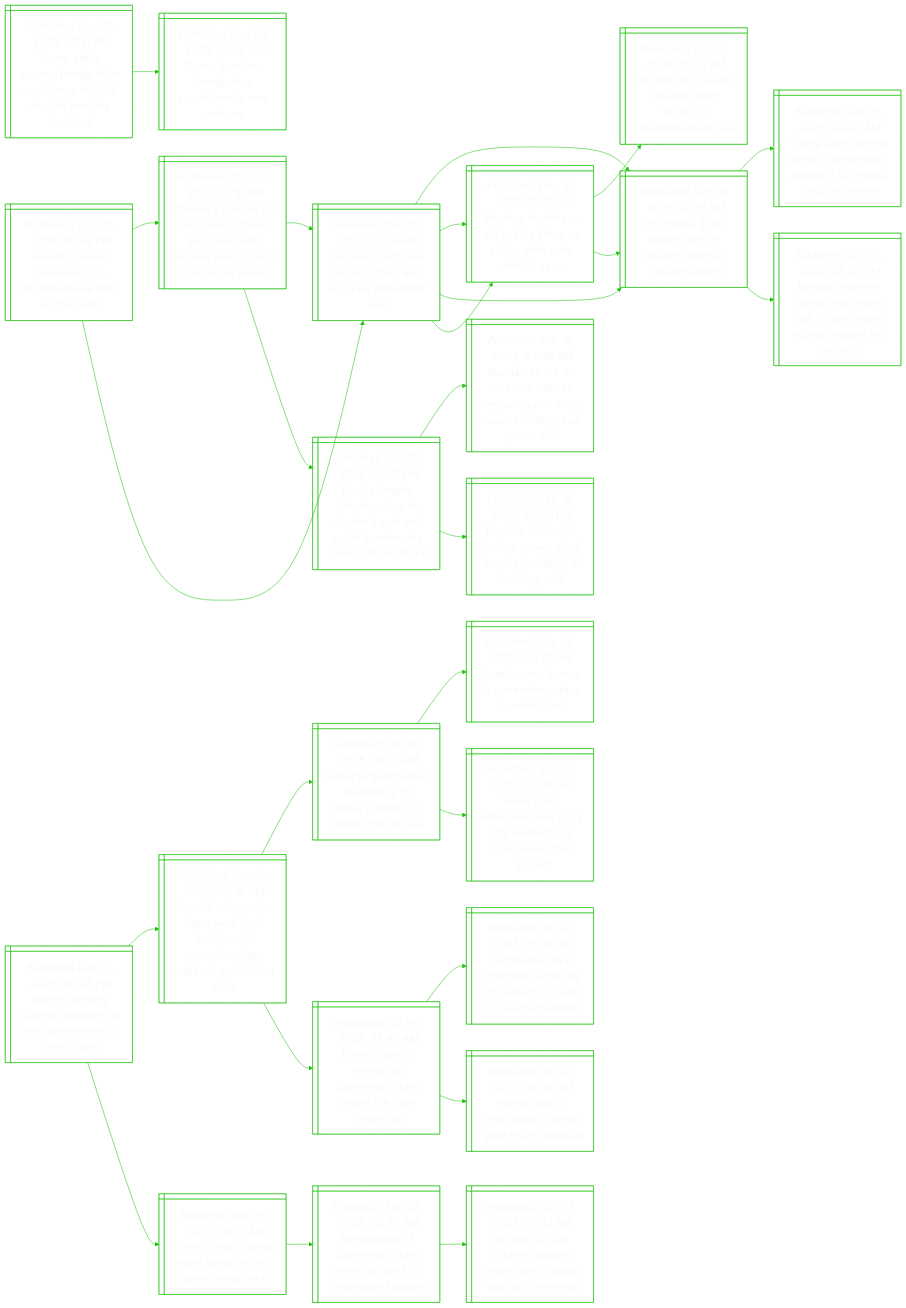
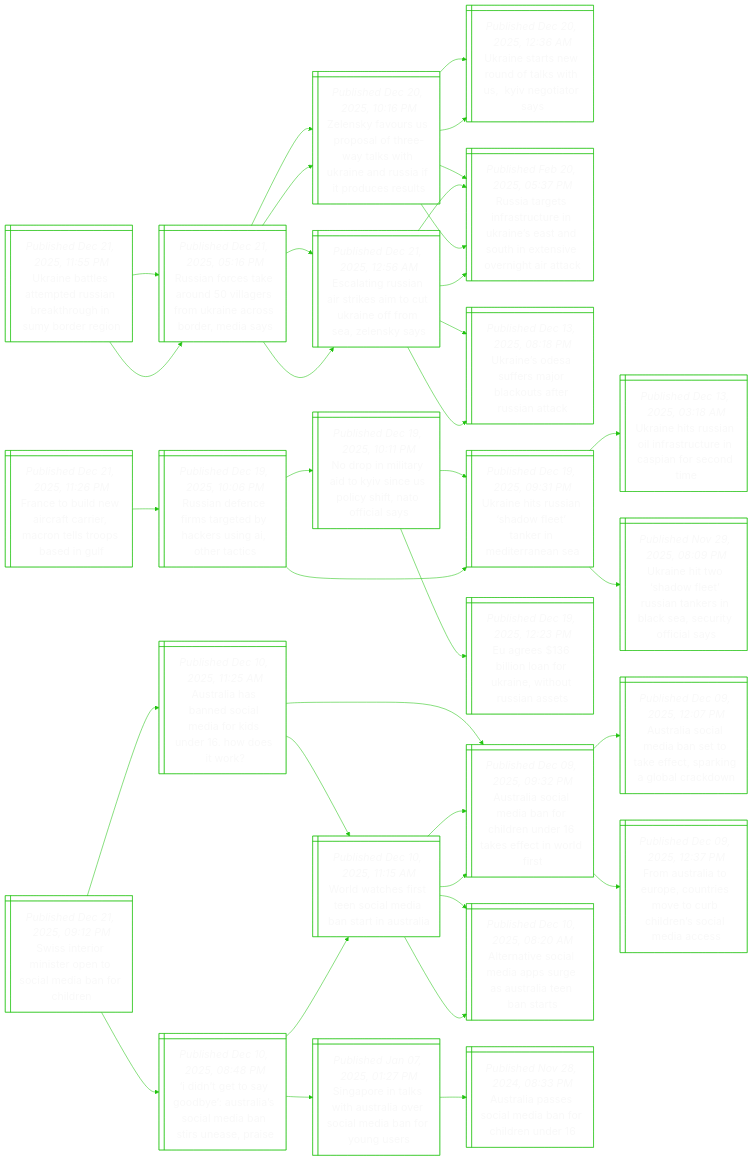
One commit to notJmes/notJmes changed the diagram in README.md. Above: the diagram before and after it, drawn with Mermaid. The commit also changed other lines of this file, not shown here.

````diff
--- a/README.md
+++ b/README.md
@@ -16,91 +16,118 @@
 flowchart LR
 classDef txtsize font-size:20px;
 
-Tsedgocnsbnk@{ shape: win-pane, label: "_Published Dec 21, 2025, 07:31 PM_
-Trump set to expand immigration crackdown in 2026 despite brewing backlash" }
-TlhmtroNl@{ shape: win-pane, label: "_Published Dec 04, 2025, 03:20 AM_
-Trump launches immigration crackdown in new orleans" }
-
-Tsedgocnsbnk:::txtsize --> TlhmtroNl:::txtsize
-
-KiiryrRases@{ shape: win-pane, label: "_Published Dec 21, 2025, 06:56 PM_
-Kremlin denies three-way us-ukraine-russia talks on the cards" }
+Untttsbtgure@{ shape: win-pane, label: "_Published Dec 21, 2025, 11:55 PM_
+Ukraine battles attempted russian breakthrough in sumy border region" }
+Rackulrmiroms@{ shape: win-pane, label: "_Published Dec 21, 2025, 05:16 PM_
+Russian forces take around 50 villagers from ukraine across border, media says" }
 ZsvUpoetwkeuireu@{ shape: win-pane, label: "_Published Dec 20, 2025, 10:16 PM_
 Zelensky favours us proposal of three-way talks with ukraine and russia if it produces results" }
 Unrwdltygty@{ shape: win-pane, label: "_Published Dec 20, 2025, 12:36 AM_
 Ukraine starts new round of talks with us,  kyiv negotiator says" }
-Eelloaitis@{ shape: win-pane, label: "_Published Dec 19, 2025, 12:23 PM_
-Eu agrees $136 billion loan for ukraine, without russian assets" }
-NplyosUiiTis@{ shape: win-pane, label: "_Published Dec 19, 2025, 10:11 PM_
-No drop in military aid to kyiv since us policy shift, nato official says" }
 Raefrrketonnoiia@{ shape: win-pane, label: "_Published Feb 20, 2025, 05:37 PM_
 Russia targets infrastructure in ukraine’s east and south in extensive overnight air attack" }
-RaaUneeiereeaes@{ shape: win-pane, label: "_Published Feb 19, 2025, 03:06 PM_
-Russian attack on ukraine’s odessa region injures four, causes widespread power cuts" }
-Raiiaolegdiec@{ shape: win-pane, label: "_Published Feb 16, 2025, 09:50 PM_
-Russian strikes hit ukraine power plant, leaving residents in freezing cold" }
+EaRasetUnfees@{ shape: win-pane, label: "_Published Dec 21, 2025, 12:56 AM_
+Escalating russian air strikes aim to cut ukraine off from sea, zelensky says" }
+Raefrrketonnoiia@{ shape: win-pane, label: "_Published Feb 20, 2025, 05:37 PM_
+Russia targets infrastructure in ukraine’s east and south in extensive overnight air attack" }
+Unefmbofunc@{ shape: win-pane, label: "_Published Dec 13, 2025, 08:18 PM_
+Ukraine’s odesa suffers major blackouts after russian attack" }
+Rackulrmiroms@{ shape: win-pane, label: "_Published Dec 21, 2025, 05:16 PM_
+Russian forces take around 50 villagers from ukraine across border, media says" }
+ZsvUpoetwkeuireu@{ shape: win-pane, label: "_Published Dec 20, 2025, 10:16 PM_
+Zelensky favours us proposal of three-way talks with ukraine and russia if it produces results" }
 Unrwdltygty@{ shape: win-pane, label: "_Published Dec 20, 2025, 12:36 AM_
 Ukraine starts new round of talks with us,  kyiv negotiator says" }
-Eelloaitis@{ shape: win-pane, label: "_Published Dec 19, 2025, 12:23 PM_
-Eu agrees $136 billion loan for ukraine, without russian assets" }
-TsegemnaSikke@{ shape: win-pane, label: "_Published Dec 19, 2025, 04:20 AM_
-Trump says ‘getting close to something’ ahead of us, russia talks on ukraine" }
-Busauasszsaske@{ shape: win-pane, label: "_Published Oct 02, 2025, 08:50 PM_
-Belgium says eu states must share risk to use frozen russian assets for ukraine" }
+Raefrrketonnoiia@{ shape: win-pane, label: "_Published Feb 20, 2025, 05:37 PM_
+Russia targets infrastructure in ukraine’s east and south in extensive overnight air attack" }
+EaRasetUnfees@{ shape: win-pane, label: "_Published Dec 21, 2025, 12:56 AM_
+Escalating russian air strikes aim to cut ukraine off from sea, zelensky says" }
+Raefrrketonnoiia@{ shape: win-pane, label: "_Published Feb 20, 2025, 05:37 PM_
+Russia targets infrastructure in ukraine’s east and south in extensive overnight air attack" }
+Unefmbofunc@{ shape: win-pane, label: "_Published Dec 13, 2025, 08:18 PM_
+Ukraine’s odesa suffers major blackouts after russian attack" }
+
+Untttsbtgure:::txtsize --> Rackulrmiroms:::txtsize
+Rackulrmiroms:::txtsize --> ZsvUpoetwkeuireu:::txtsize
+ZsvUpoetwkeuireu:::txtsize --> Unrwdltygty:::txtsize
+ZsvUpoetwkeuireu:::txtsize --> Raefrrketonnoiia:::txtsize
+Rackulrmiroms:::txtsize --> EaRasetUnfees:::txtsize
+EaRasetUnfees:::txtsize --> Raefrrketonnoiia:::txtsize
+EaRasetUnfees:::txtsize --> Unefmbofunc:::txtsize
+Untttsbtgure:::txtsize --> Rackulrmiroms:::txtsize
+Rackulrmiroms:::txtsize --> ZsvUpoetwkeuireu:::txtsize
+ZsvUpoetwkeuireu:::txtsize --> Unrwdltygty:::txtsize
+ZsvUpoetwkeuireu:::txtsize --> Raefrrketonnoiia:::txtsize
+Rackulrmiroms:::txtsize --> EaRasetUnfees:::txtsize
+EaRasetUnfees:::txtsize --> Raefrrketonnoiia:::txtsize
+EaRasetUnfees:::txtsize --> Unefmbofunc:::txtsize
+
+FeiwrarolosG@{ shape: win-pane, label: "_Published Dec 21, 2025, 11:26 PM_
+France to build new aircraft carrier, macron tells troops based in gulf" }
+Raeiaeasghc@{ shape: win-pane, label: "_Published Dec 19, 2025, 10:06 PM_
+Russian defence firms targeted by hackers using ai, other tactics" }
 NplyosUiiTis@{ shape: win-pane, label: "_Published Dec 19, 2025, 10:11 PM_
 No drop in military aid to kyiv since us policy shift, nato official says" }
 UnsialaiiaS@{ shape: win-pane, label: "_Published Dec 19, 2025, 09:31 PM_
 Ukraine hits russian ‘shadow fleet’ tanker in mediterranean sea" }
 Eelloaitis@{ shape: win-pane, label: "_Published Dec 19, 2025, 12:23 PM_
 Eu agrees $136 billion loan for ukraine, without russian assets" }
+UnsialaiiaS@{ shape: win-pane, label: "_Published Dec 19, 2025, 09:31 PM_
+Ukraine hits russian ‘shadow fleet’ tanker in mediterranean sea" }
+Unsilacipoom@{ shape: win-pane, label: "_Published Dec 13, 2025, 03:18 AM_
+Ukraine hits russian oil infrastructure in caspian for second time" }
+UntaluneBScyca@{ shape: win-pane, label: "_Published Nov 29, 2025, 08:09 PM_
+Ukraine hit two ‘shadow fleet’ russian tankers in black sea, security official says" }
 
-KiiryrRases:::txtsize --> ZsvUpoetwkeuireu:::txtsize
-ZsvUpoetwkeuireu:::txtsize --> Unrwdltygty:::txtsize
-Unrwdltygty:::txtsize --> Eelloaitis:::txtsize
-Unrwdltygty:::txtsize --> NplyosUiiTis:::txtsize
-ZsvUpoetwkeuireu:::txtsize --> Raefrrketonnoiia:::txtsize
-Raefrrketonnoiia:::txtsize --> RaaUneeiereeaes:::txtsize
-Raefrrketonnoiia:::txtsize --> Raiiaolegdiec:::txtsize
-KiiryrRases:::txtsize --> Unrwdltygty:::txtsize
-Unrwdltygty:::txtsize --> Eelloaitis:::txtsize
-Eelloaitis:::txtsize --> TsegemnaSikke:::txtsize
-Eelloaitis:::txtsize --> Busauasszsaske:::txtsize
-Unrwdltygty:::txtsize --> NplyosUiiTis:::txtsize
+FeiwrarolosG:::txtsize --> Raeiaeasghc:::txtsize
+Raeiaeasghc:::txtsize --> NplyosUiiTis:::txtsize
 NplyosUiiTis:::txtsize --> UnsialaiiaS:::txtsize
 NplyosUiiTis:::txtsize --> Eelloaitis:::txtsize
+Raeiaeasghc:::txtsize --> UnsialaiiaS:::txtsize
+UnsialaiiaS:::txtsize --> Unsilacipoom:::txtsize
+UnsialaiiaS:::txtsize --> UntaluneBScyca:::txtsize
 
-IluCerntenB@{ shape: win-pane, label: "_Published Dec 21, 2025, 06:29 PM_
-Israel’s security cabinet approves 19 new settlements in west bank" }
-IlausBemxiaePtne@{ shape: win-pane, label: "_Published Sep 12, 2025, 06:16 AM_
-Israel’s netanyahu signs west bank settlement expansion plan, rules out palestinian state" }
-Ilemahmaroais@{ shape: win-pane, label: "_Published Sep 09, 2025, 09:27 PM_
-Israel targets hamas leadership in military strikes on qatar, officials say" }
-Ilssreana@{ shape: win-pane, label: "_Published Sep 08, 2025, 04:31 PM_
-Israel warns hamas to surrender or face ‘annihilation’" }
-Lnthlareseeis@{ shape: win-pane, label: "_Published Sep 09, 2025, 02:18 AM_
-‘leave now’, netanyahu tells gaza city residents as israel intensifies assault" }
-FhtoesatweIl@{ shape: win-pane, label: "_Published Jul 25, 2025, 05:49 AM_
-French plan to recognise palestinian state draws fire from israel, us" }
-Spaoefgvnausa@{ shape: win-pane, label: "_Published Jul 24, 2025, 07:45 PM_
-Singapore says prolonged suffering of civilians in gaza is ‘unconscionable’" }
-Hstotezcp@{ shape: win-pane, label: "_Published Jul 24, 2025, 08:45 AM_
-Hamas says it responded to latest gaza truce proposal" }
-ToTvswoet@{ shape: win-pane, label: "_Published Sep 26, 2025, 06:02 AM_
-‘time to stop’: trump vows israel will not annex west bank" }
-Rnnlntfnirmea@{ shape: win-pane, label: "_Published Sep 23, 2025, 04:52 PM_
-Recognition of palestinian state offers no relief for traumatised gazans" }
-AsldlnaGaot@{ shape: win-pane, label: "_Published Sep 03, 2025, 07:33 PM_
-At least 21,000 children disabled since start of gaza war: un committee" }
+SIinrtidnhe@{ shape: win-pane, label: "_Published Dec 21, 2025, 09:12 PM_
+Swiss interior minister open to social media ban for children" }
+Aaanceosrow@{ shape: win-pane, label: "_Published Dec 10, 2025, 11:25 AM_
+Australia has banned social media for kids under 16. how does it work?" }
+Aaombrdnafils@{ shape: win-pane, label: "_Published Dec 09, 2025, 09:32 PM_
+Australia social media ban for children under 16 takes effect in world first" }
+Aaombtkeagbaw@{ shape: win-pane, label: "_Published Dec 09, 2025, 12:07 PM_
+Australia social media ban set to take effect, sparking a global crackdown" }
+FulEetmocromas@{ shape: win-pane, label: "_Published Dec 09, 2025, 12:37 PM_
+From australia to europe, countries move to curb children’s social media access" }
+Wwesnaisita@{ shape: win-pane, label: "_Published Dec 10, 2025, 11:15 AM_
+World watches first teen social media ban start in australia" }
+Aaombrdnafils@{ shape: win-pane, label: "_Published Dec 09, 2025, 09:32 PM_
+Australia social media ban for children under 16 takes effect in world first" }
+Aneaisesint@{ shape: win-pane, label: "_Published Dec 10, 2025, 08:20 AM_
+Alternative social media apps surge as australia teen ban starts" }
+Itooersaisues@{ shape: win-pane, label: "_Published Dec 10, 2025, 08:48 PM_
+‘i didn’t get to say goodbye’: australia’s social media ban stirs unease, praise" }
+Wwesnaisita@{ shape: win-pane, label: "_Published Dec 10, 2025, 11:15 AM_
+World watches first teen social media ban start in australia" }
+Aaombrdnafils@{ shape: win-pane, label: "_Published Dec 09, 2025, 09:32 PM_
+Australia social media ban for children under 16 takes effect in world first" }
+Aneaisesint@{ shape: win-pane, label: "_Published Dec 10, 2025, 08:20 AM_
+Alternative social media apps surge as australia teen ban starts" }
+SpnsAavceayu@{ shape: win-pane, label: "_Published Jan 07, 2025, 01:27 PM_
+Singapore in talks with australia over social media ban for young users" }
+Aaaslaolu@{ shape: win-pane, label: "_Published Nov 28, 2024, 08:33 PM_
+Australia passes social media ban for children under 16" }
 
-IluCerntenB:::txtsize --> IlausBemxiaePtne:::txtsize
-IlausBemxiaePtne:::txtsize --> Ilemahmaroais:::txtsize
-Ilemahmaroais:::txtsize --> Ilssreana:::txtsize
-Ilemahmaroais:::txtsize --> Lnthlareseeis:::txtsize
-IlausBemxiaePtne:::txtsize --> FhtoesatweIl:::txtsize
-FhtoesatweIl:::txtsize --> Spaoefgvnausa:::txtsize
-FhtoesatweIl:::txtsize --> Hstotezcp:::txtsize
-IluCerntenB:::txtsize --> ToTvswoet:::txtsize
-ToTvswoet:::txtsize --> Rnnlntfnirmea:::txtsize
-Rnnlntfnirmea:::txtsize --> AsldlnaGaot:::txtsize
+SIinrtidnhe:::txtsize --> Aaanceosrow:::txtsize
+Aaanceosrow:::txtsize --> Aaombrdnafils:::txtsize
+Aaombrdnafils:::txtsize --> Aaombtkeagbaw:::txtsize
+Aaombrdnafils:::txtsize --> FulEetmocromas:::txtsize
+Aaanceosrow:::txtsize --> Wwesnaisita:::txtsize
+Wwesnaisita:::txtsize --> Aaombrdnafils:::txtsize
+Wwesnaisita:::txtsize --> Aneaisesint:::txtsize
+SIinrtidnhe:::txtsize --> Itooersaisues:::txtsize
+Itooersaisues:::txtsize --> Wwesnaisita:::txtsize
+Wwesnaisita:::txtsize --> Aaombrdnafils:::txtsize
+Wwesnaisita:::txtsize --> Aneaisesint:::txtsize
+Itooersaisues:::txtsize --> SpnsAavceayu:::txtsize
+SpnsAavceayu:::txtsize --> Aaaslaolu:::txtsize
 
 ```
````
